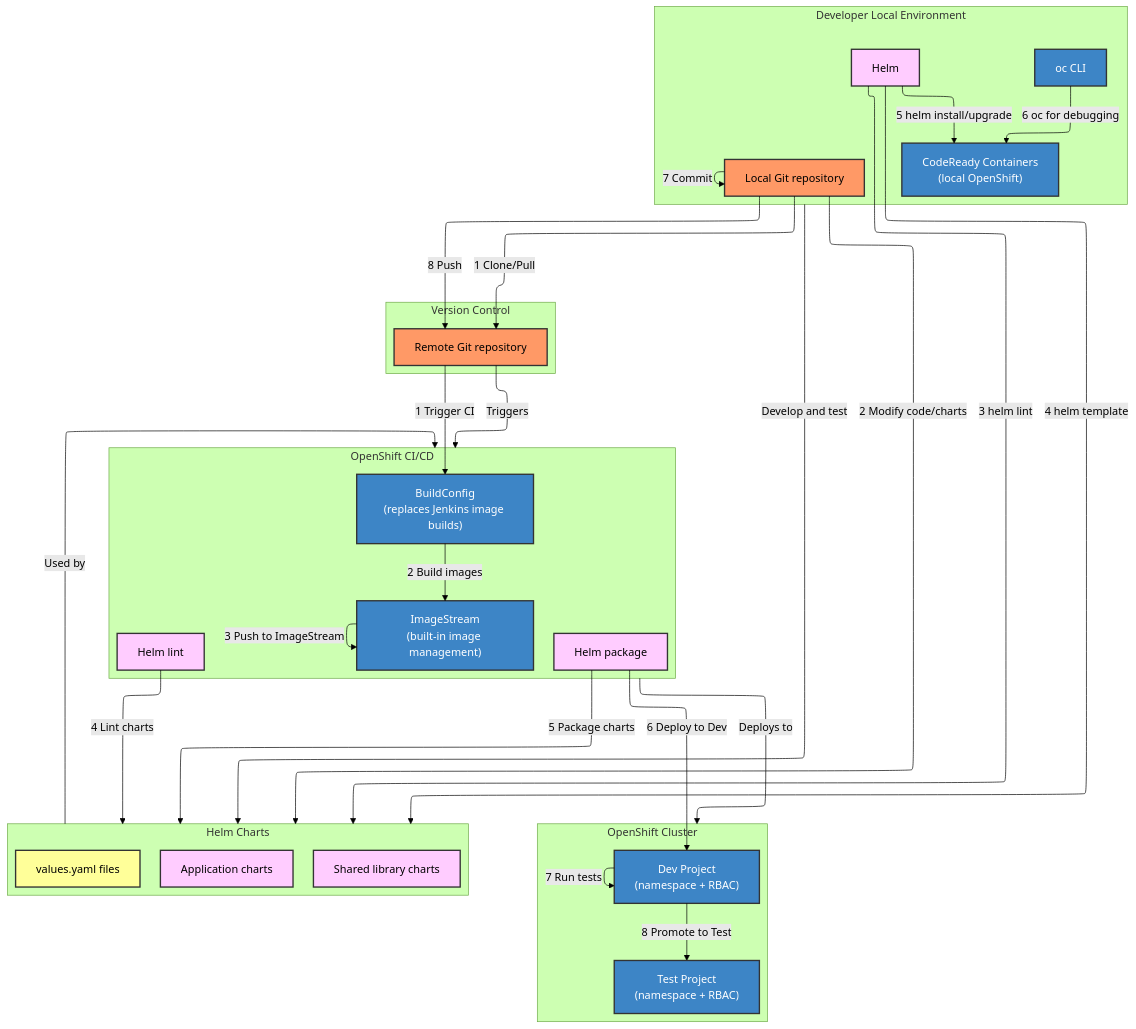
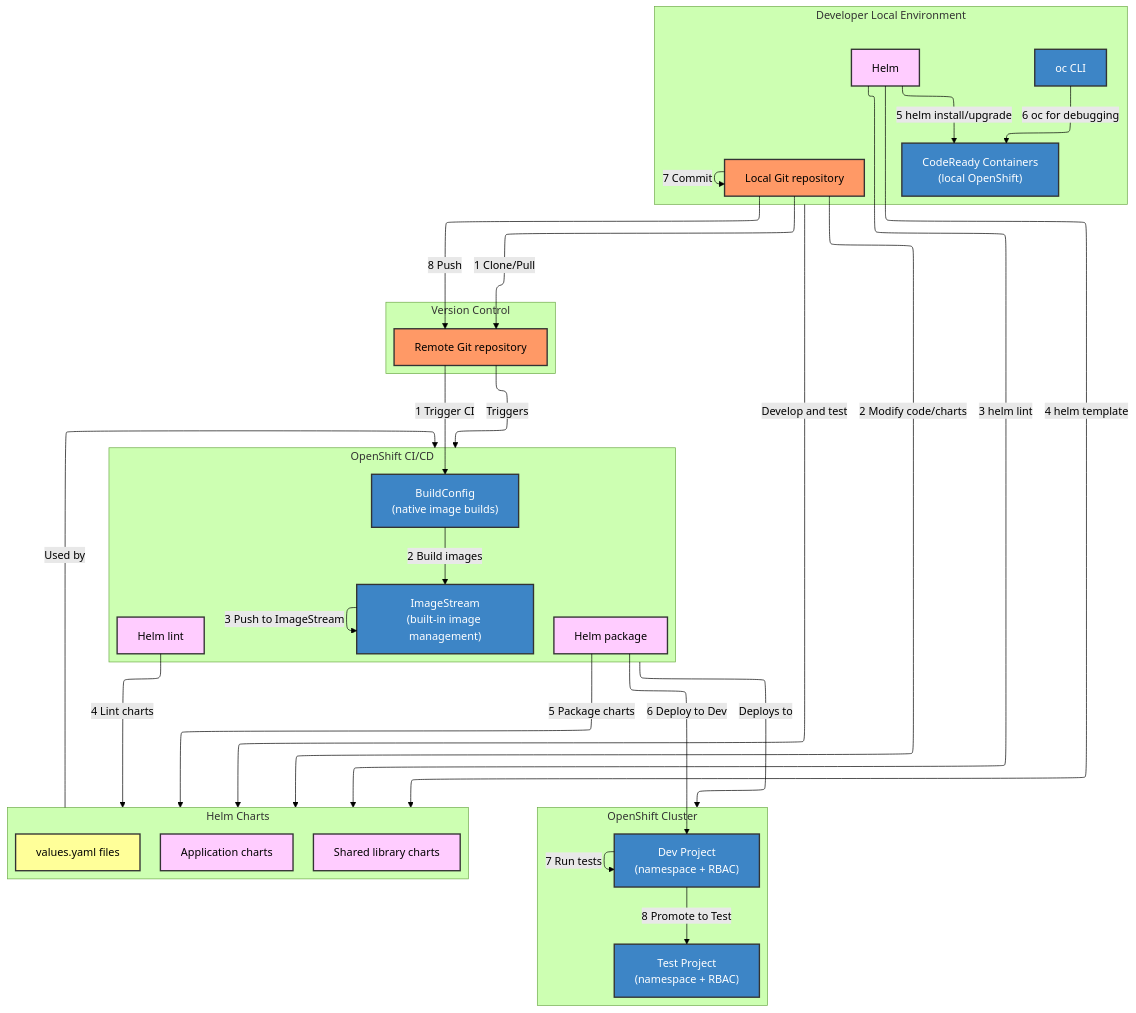
Before and after one commit to carlosmsanchezm/prep: the third of 3 diagrams in architecture/ibm-migration-answers.md, drawn with Mermaid (forest theme). The commit also changed other lines of this file and 1 other file, not shown here.

First line of the commit message:
Remove all Jenkins CI references, fix staging narrative

````diff
--- a/architecture/ibm-migration-answers.md
+++ b/architecture/ibm-migration-answers.md
@@ -287,66 +287,66 @@
 ```mermaid
 ---
 config:
   layout: elk
 ---
 flowchart TB
     subgraph Developer_Local_Environment["Developer Local Environment"]
         A1["Local Git repository"]:::git
         A2["CodeReady Containers<br/>(local OpenShift)"]:::openshift
         A3["Helm"]:::helm
         A4["oc CLI"]:::openshift
     end
 
     subgraph Version_Control["Version Control"]
         B1["Remote Git repository"]:::git
     end
 
     subgraph OpenShift_CI_CD["OpenShift CI/CD"]
-        C1["BuildConfig<br/>(replaces Jenkins image builds)"]:::openshift
+        C1["BuildConfig<br/>(native image builds)"]:::openshift
         C2["ImageStream<br/>(built-in image management)"]:::openshift
         C3["Helm lint"]:::helm
         C4["Helm package"]:::helm
     end
 
     subgraph OpenShift_Cluster["OpenShift Cluster"]
         D1["Dev Project<br/>(namespace + RBAC)"]:::openshift
         D2["Test Project<br/>(namespace + RBAC)"]:::openshift
     end
 
     subgraph Helm_Charts["Helm Charts"]
         E1["Application charts"]:::helm
         E2["Shared library charts"]:::helm
         E3["values.yaml files"]:::values
     end
 
     %% Developer workflow
     A1 -- "1 Clone/Pull" --> B1
     A1 -- "2 Modify code/charts" --> Helm_Charts
     A3 -- "3 helm lint" --> Helm_Charts
     A3 -- "4 helm template" --> Helm_Charts
     A3 -- "5 helm install/upgrade" --> A2
     A4 -- "6 oc for debugging" --> A2
     A1 -- "7 Commit" --> A1
     A1 -- "8 Push" --> B1
 
     %% CI/CD workflow
     B1 -- "1 Trigger CI" --> C1
     C1 -- "2 Build images" --> C2
     C2 -- "3 Push to ImageStream" --> C2
     C3 -- "4 Lint charts" --> Helm_Charts
     C4 -- "5 Package charts" --> Helm_Charts
     C4 -- "6 Deploy to Dev" --> D1
     D1 -- "7 Run tests" --> D1
     D1 -- "8 Promote to Test" --> D2
 
     %% Relationships
     Developer_Local_Environment -- "Develop and test" --> Helm_Charts
     Helm_Charts -- "Used by" --> OpenShift_CI_CD
     B1 -- "Triggers" --> OpenShift_CI_CD
     OpenShift_CI_CD -- "Deploys to" --> OpenShift_Cluster
 
     classDef git fill:#f96,stroke:#333,stroke-width:2px
     classDef openshift fill:#3d85c6,stroke:#333,stroke-width:2px,color:#fff
     classDef helm fill:#fcf,stroke:#333,stroke-width:2px
     classDef values fill:#ff9,stroke:#333,stroke-width:2px
 ```
````
